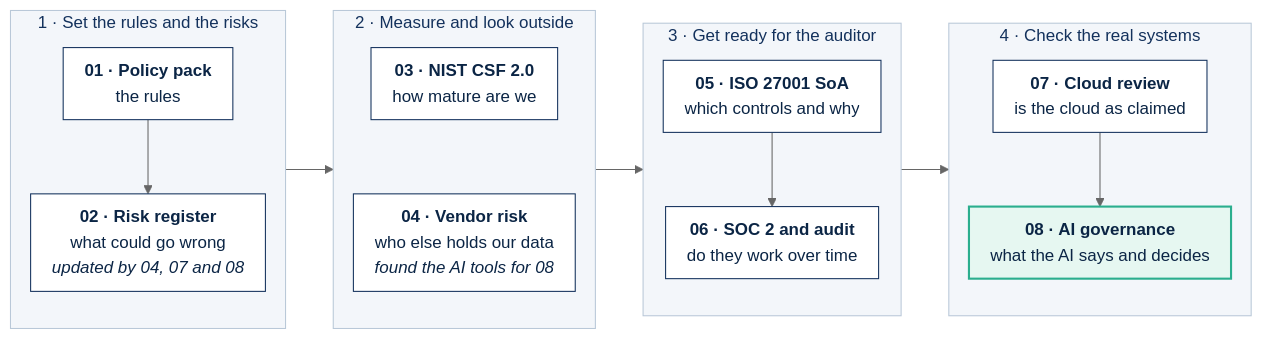
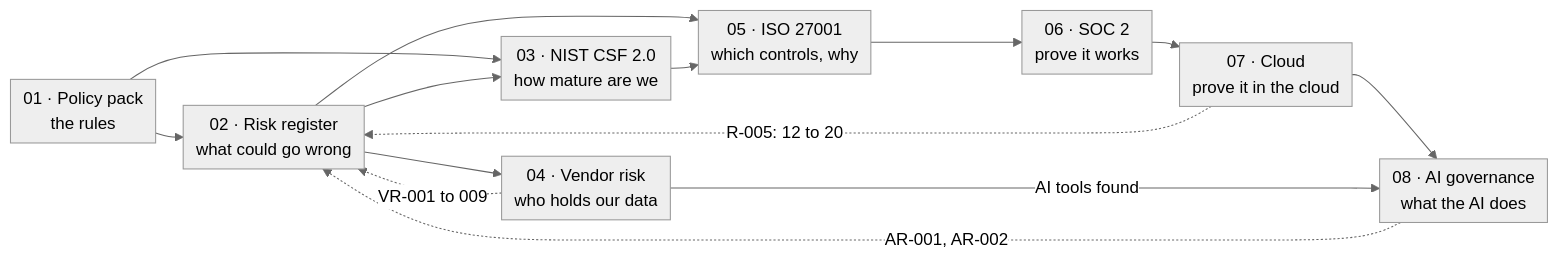
The diagram in README.md (lushegun/Cypher-Group-Inc-grc-portfolio), drawn with Mermaid (neutral theme) before and after one commit. The commit also changed other lines of this file, not shown here.

Commit message:
Front page: landscape diagram in the original style, with all forward and backward links

````diff
--- a/README.md
+++ b/README.md
@@ -60,29 +60,17 @@
 ```mermaid
-%%{init: {"flowchart": {"rankSpacing": 45, "nodeSpacing": 18, "padding": 10, "wrappingWidth": 240}}}%%
+%%{init: {"flowchart": {"rankSpacing": 26, "nodeSpacing": 18, "padding": 6}}}%%
 flowchart LR
-    subgraph S1["1 · Set the rules and the risks"]
-        direction TB
-        P1["<b>01 · Policy pack</b><br/>the rules"] --> P2["<b>02 · Risk register</b><br/>what could go wrong<br/><i>updated by 04, 07 and 08</i>"]
-    end
-    subgraph S2["2 · Measure and look outside"]
-        direction TB
-        P3["<b>03 · NIST CSF 2.0</b><br/>how mature are we"] ~~~ P4["<b>04 · Vendor risk</b><br/>who else holds our data<br/><i>found the AI tools for 08</i>"]
-    end
-    subgraph S3["3 · Get ready for the auditor"]
-        direction TB
-        P5["<b>05 · ISO 27001 SoA</b><br/>which controls and why"] --> P6["<b>06 · SOC 2 and audit</b><br/>do they work over time"]
-    end
-    subgraph S4["4 · Check the real systems"]
-        direction TB
-        P7["<b>07 · Cloud review</b><br/>is the cloud as claimed"] --> P8["<b>08 · AI governance</b><br/>what the AI says and decides"]
-    end
-    S1 --> S2 --> S3 --> S4
-    classDef proj fill:#FFFFFF,stroke:#13315C,color:#0B2545
-    classDef ai fill:#E6F7F1,stroke:#2BAE8E,stroke-width:2px,color:#0B2545
-    class P1,P2,P3,P4,P5,P6,P7 proj
-    class P8 ai
-    style S1 fill:#F3F6FA,stroke:#B9C8D8,color:#13315C
-    style S2 fill:#F3F6FA,stroke:#B9C8D8,color:#13315C
-    style S3 fill:#F3F6FA,stroke:#B9C8D8,color:#13315C
-    style S4 fill:#F3F6FA,stroke:#B9C8D8,color:#13315C
+    P1["01 · Policy pack<br/>the rules"] --> P2["02 · Risk register<br/>what could go wrong"]
+    P1 --> P3["03 · NIST CSF 2.0<br/>how mature are we"]
+    P2 --> P3
+    P2 --> P4["04 · Vendor risk<br/>who holds our data"]
+    P2 --> P5["05 · ISO 27001<br/>which controls, why"]
+    P3 --> P5
+    P5 --> P6["06 · SOC 2<br/>prove it works"]
+    P6 --> P7["07 · Cloud<br/>prove it in the cloud"]
+    P7 --> P8["08 · AI governance<br/>what the AI does"]
+    P4 -->|AI tools found| P8
+    P4 -.->|VR-001 to 009| P2
+    P7 -.->|R-005: 12 to 20| P2
+    P8 -.->|AR-001, AR-002| P2
 ```
````
